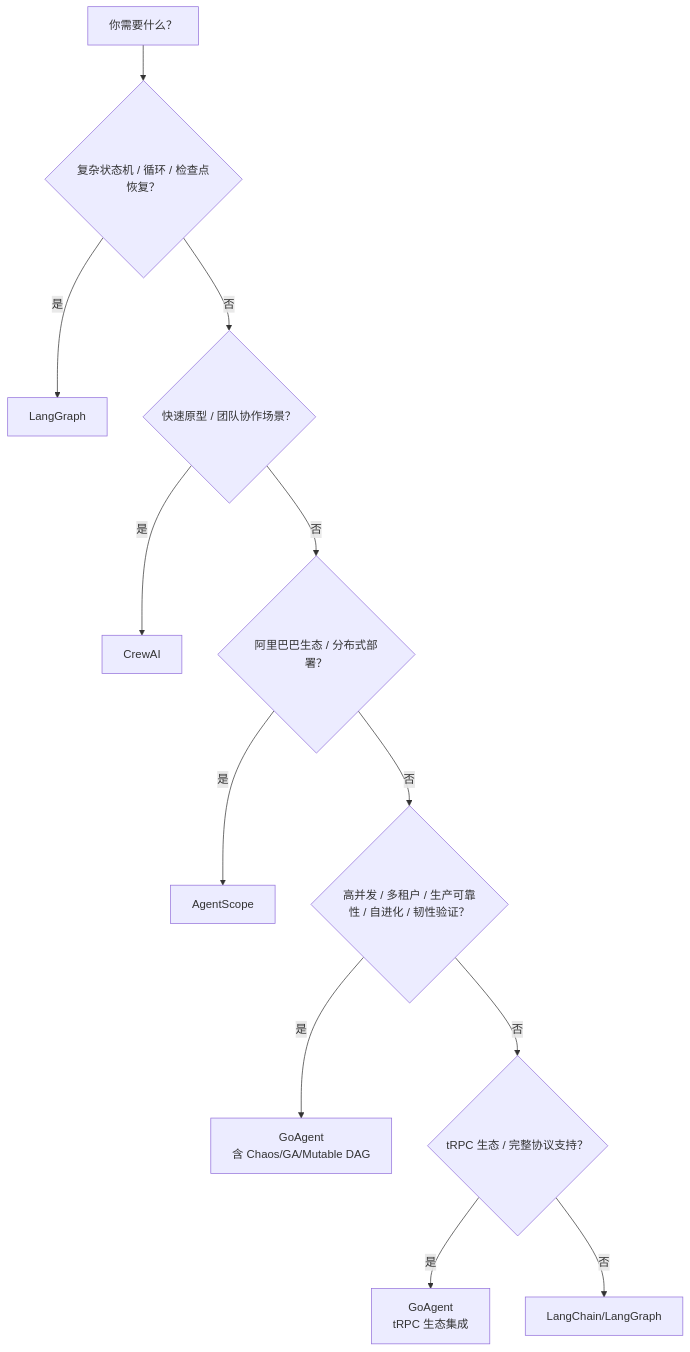
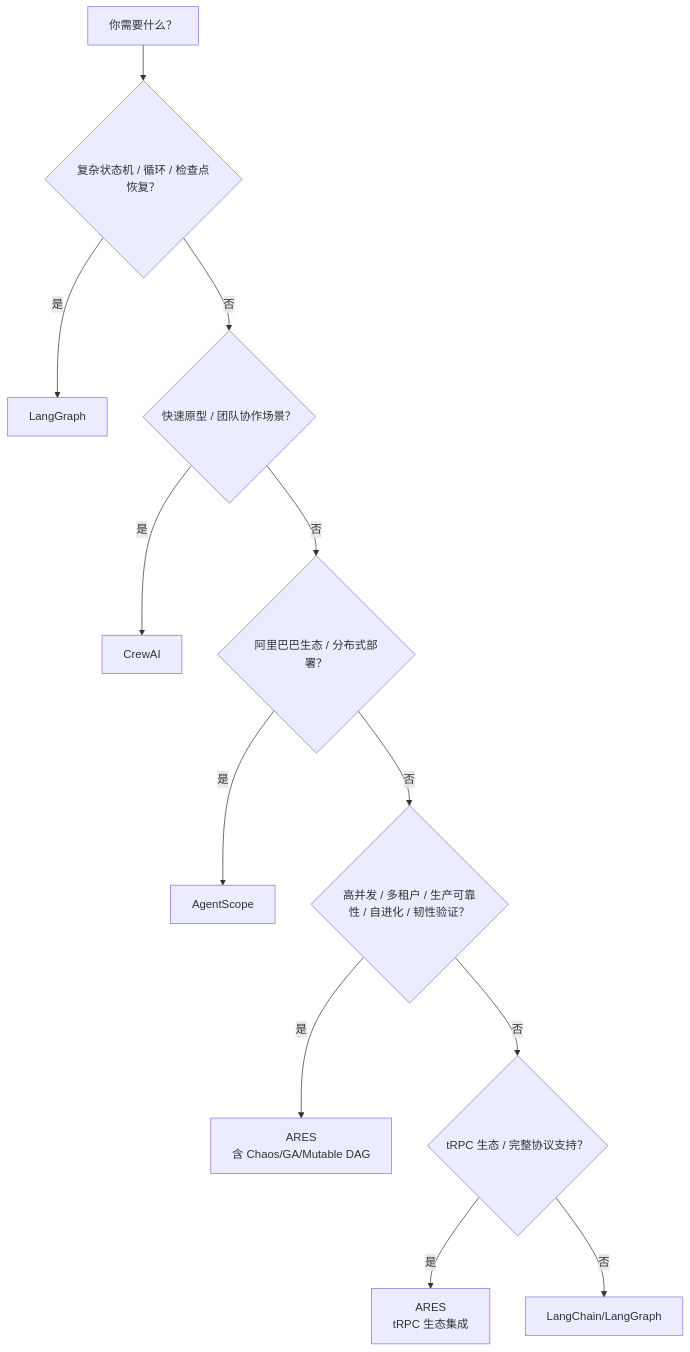
One commit to Timwood0x10/ARES changed the tenth of 10 diagrams in docs/framework-comparison-langchain-crewai-agentscope-goagent-zh.md. Above: the diagram before and after it, drawn with Mermaid. The commit also changed other lines of this file and 184 other files, not shown here.

Commit message:
chore: rebrand project from GoAgent to ARES

````diff
--- a/docs/framework-comparison-langchain-crewai-agentscope-goagent-zh.md
+++ b/docs/framework-comparison-langchain-crewai-agentscope-goagent-zh.md
@@ -791,15 +791,15 @@
 ```mermaid
 flowchart TD
     START[你需要什么？]
     START --> Q1{复杂状态机 / 循环 / 检查点恢复？}
     Q1 -->|是| LG[LangGraph]
     Q1 -->|否| Q2{快速原型 / 团队协作场景？}
     Q2 -->|是| Crew[CrewAI]
     Q2 -->|否| Q3{阿里巴巴生态 / 分布式部署？}
     Q3 -->|是| AS[AgentScope]
     Q3 -->|否| Q4{高并发 / 多租户 / 生产可靠性 / 自进化 / 韧性验证？}
-    Q4 -->|是| GA[GoAgent<br/>含 Chaos/GA/Mutable DAG]
+    Q4 -->|是| GA[ARES<br/>含 Chaos/GA/Mutable DAG]
     Q4 -->|否| Q9{tRPC 生态 / 完整协议支持？}
-    Q9 -->|是| tRPC[GoAgent<br/>tRPC 生态集成]
+    Q9 -->|是| tRPC[ARES<br/>tRPC 生态集成]
     Q9 -->|否| LC[LangChain/LangGraph]
 ```
````
